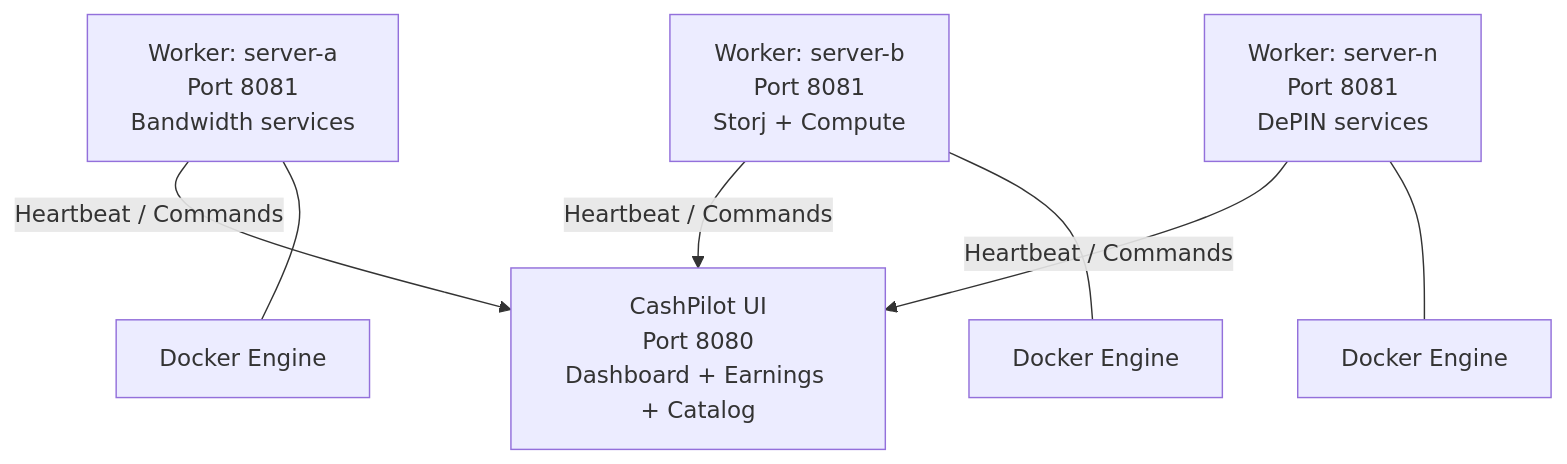
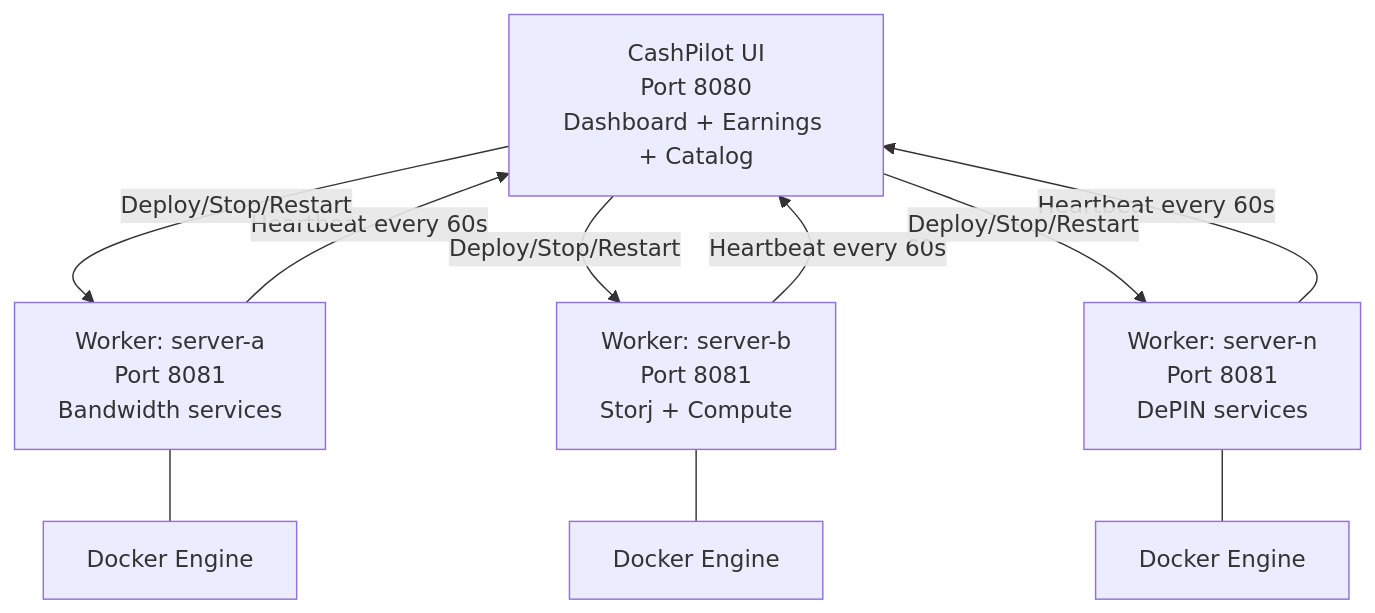
One commit to GeiserX/CashPilot changed the diagram in docs/fleet.md. Above: the diagram before and after it, drawn with Mermaid. The commit also changed other lines of this file and 18 other files, not shown here.

````diff
--- a/docs/fleet.md
+++ b/docs/fleet.md
@@ -7,16 +7,20 @@
 ```mermaid
 graph TB
     UI[CashPilot UI<br>Port 8080<br>Dashboard + Earnings + Catalog]
 
     W1[Worker: server-a<br>Port 8081<br>Bandwidth services]
     W2[Worker: server-b<br>Port 8081<br>Storj + Compute]
     W3[Worker: server-n<br>Port 8081<br>DePIN services]
 
-    W1 -->|Heartbeat / Commands| UI
-    W2 -->|Heartbeat / Commands| UI
-    W3 -->|Heartbeat / Commands| UI
+    W1 -->|Heartbeat every 60s| UI
+    W2 -->|Heartbeat every 60s| UI
+    W3 -->|Heartbeat every 60s| UI
+
+    UI -->|Deploy/Stop/Restart| W1
+    UI -->|Deploy/Stop/Restart| W2
+    UI -->|Deploy/Stop/Restart| W3
 
     W1 --- D1[Docker Engine]
     W2 --- D2[Docker Engine]
     W3 --- D3[Docker Engine]
 ```
````
